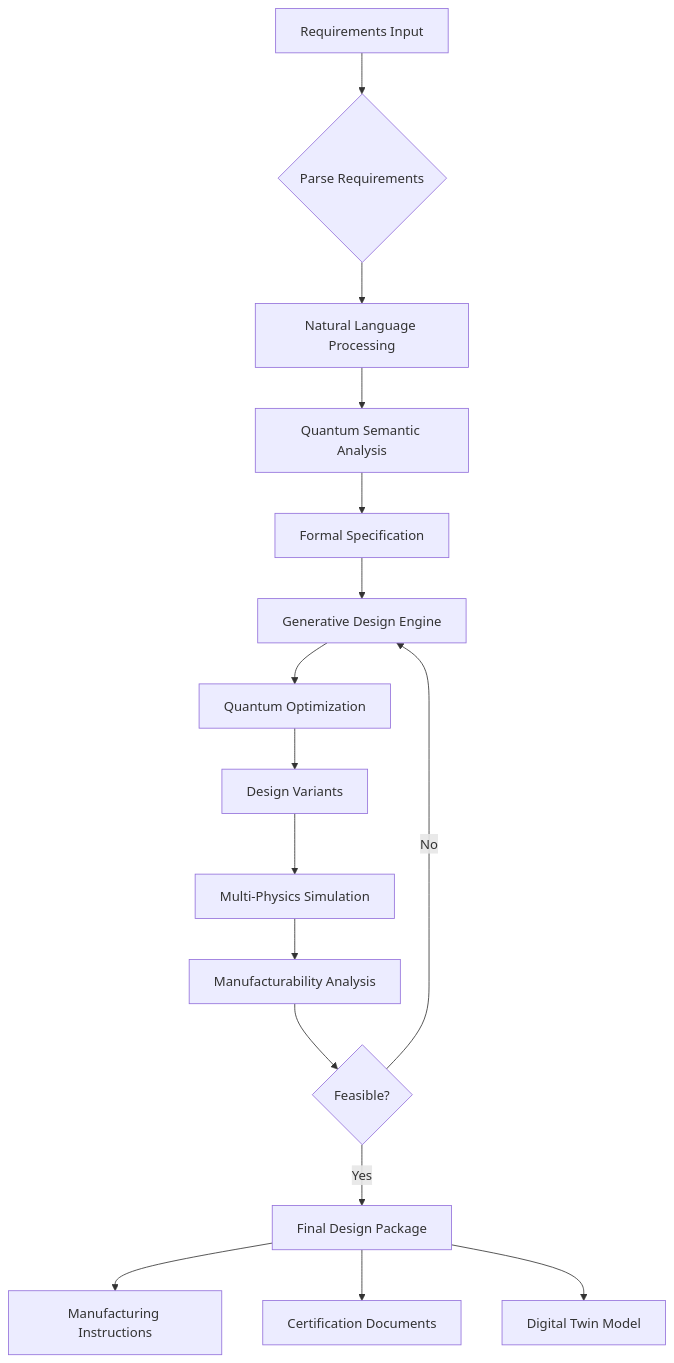
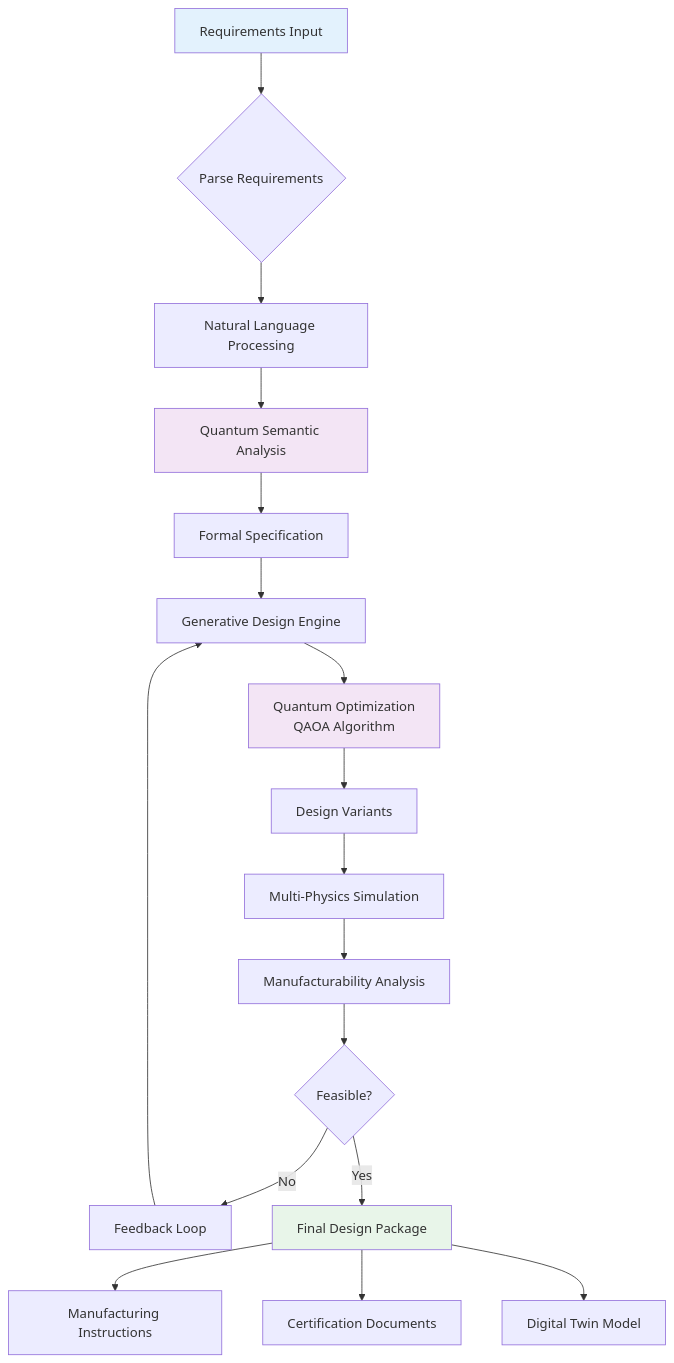
The eighth of 33 diagrams in README.md (Robbbo-T/Robbbo-T), drawn with Mermaid before and after one commit. The commit also changed other lines of this file, not shown here.

````diff
--- a/README.md
+++ b/README.md
@@ -862,21 +1298,28 @@
 ```mermaid
 flowchart TD
     A[Requirements Input] --> B{Parse Requirements}
     B --> C[Natural Language Processing]
     C --> D[Quantum Semantic Analysis]
     D --> E[Formal Specification]
     
     E --> F[Generative Design Engine]
-    F --> G[Quantum Optimization]
+    F --> G[Quantum Optimization<br/>QAOA Algorithm]
     G --> H[Design Variants]
     
     H --> I[Multi-Physics Simulation]
     I --> J[Manufacturability Analysis]
     J --> K{Feasible?}
     
-    K -->|No| F
-    K -->|Yes| L[Final Design Package]
-    L --> M[Manufacturing Instructions]
-    L --> N[Certification Documents]
-    L --> O[Digital Twin Model]
+    K -->|No| L[Feedback Loop]
+    L --> F
+    K -->|Yes| M[Final Design Package]
+    
+    M --> N[Manufacturing Instructions]
+    M --> O[Certification Documents]
+    M --> P[Digital Twin Model]
+    
+    style G fill:#f3e5f5
+    style D fill:#f3e5f5
+    style A fill:#e3f2fd
+    style M fill:#e8f5e9
 ```
````
